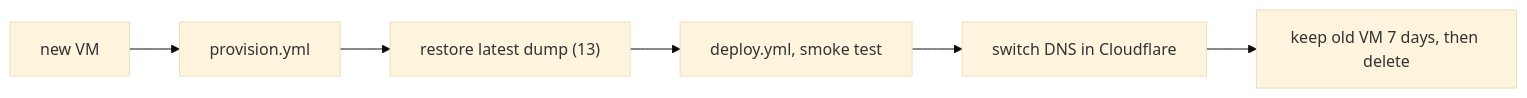
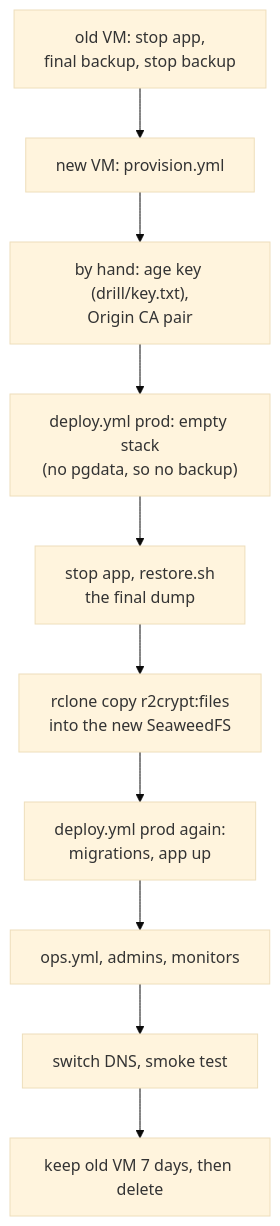
Diagram 12 of 12 in docs/architecture/28-platform-runbook.md (tareq89/biddaloy), drawn with Mermaid (base theme) before and after one commit. The commit also changed other lines of this file and 4 other files, not shown here.

````diff
--- a/docs/architecture/28-platform-runbook.md
+++ b/docs/architecture/28-platform-runbook.md
@@ -462,4 +579,12 @@
 ```mermaid
-flowchart LR
-  N["new VM"] --> P["provision.yml"] --> R["restore latest dump (13)"] --> V["deploy.yml, smoke test"] --> DNS["switch DNS in Cloudflare"] --> OLD["keep old VM 7 days, then delete"]
+flowchart TD
+  S["old VM: stop app,<br/>final backup, stop backup"] --> N["new VM: provision.yml"]
+  N --> K["by hand: age key (drill/key.txt),<br/>Origin CA pair"]
+  K --> V["deploy.yml prod: empty stack<br/>(no pgdata, so no backup)"]
+  V --> R["stop app, restore.sh<br/>the final dump"]
+  R --> F["rclone copy r2crypt:files<br/>into the new SeaweedFS"]
+  F --> V2["deploy.yml prod again:<br/>migrations, app up"]
+  V2 --> O["ops.yml, admins, monitors"]
+  O --> DNS["switch DNS, smoke test"]
+  DNS --> OLD["keep old VM 7 days, then delete"]
 ```
````
